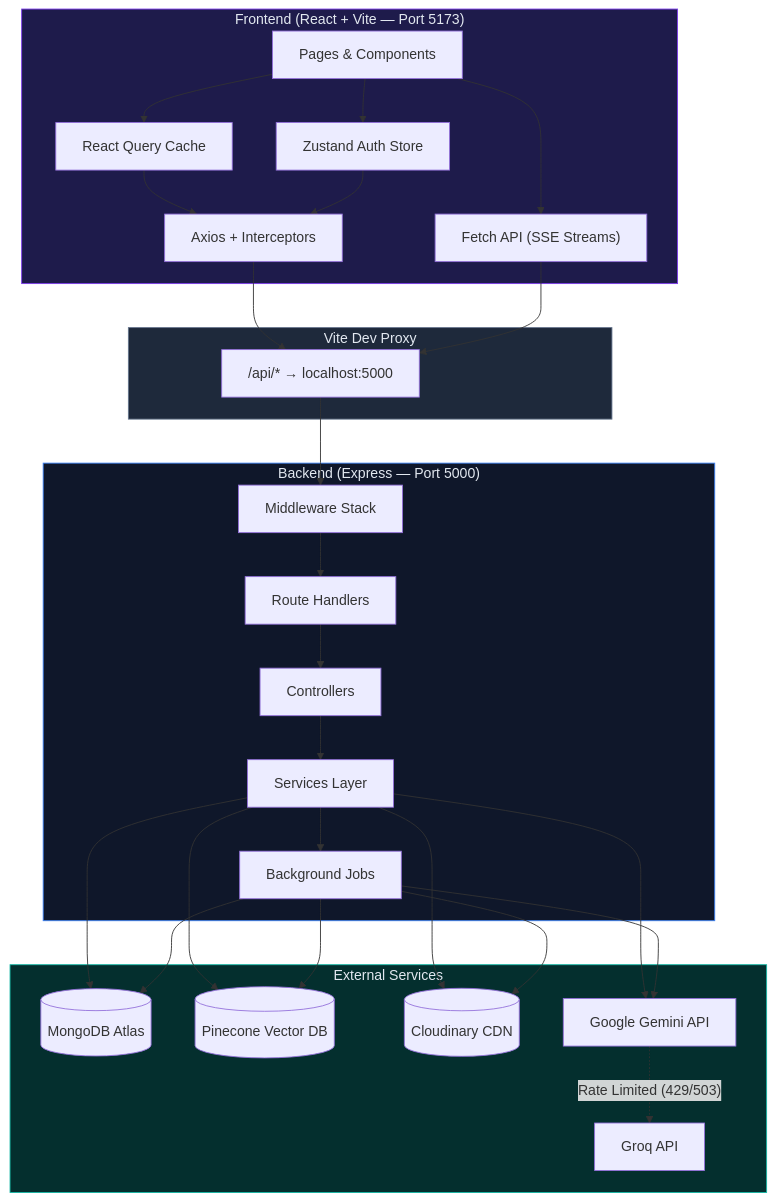
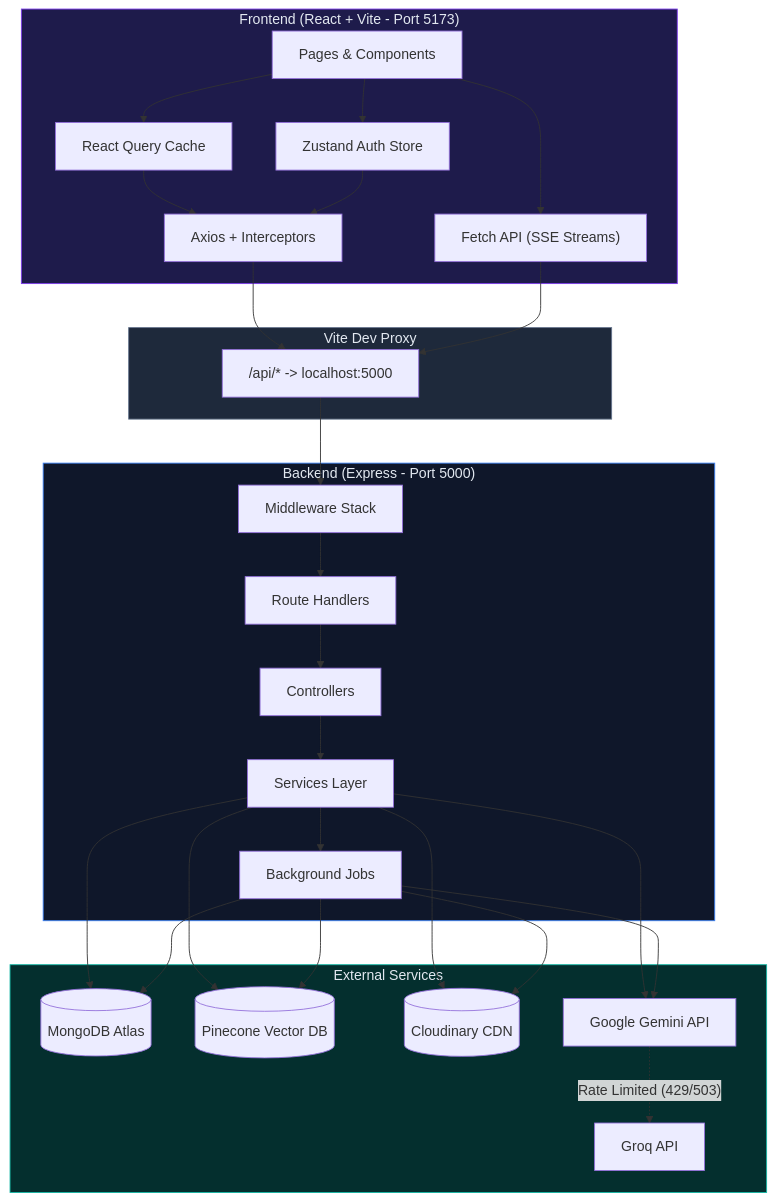
Before and after one commit to AniketB26/What-I-Signed: the first of 9 diagrams in README.md, drawn with Mermaid. The commit also changed other lines of this file, not shown here.

Commit message:
docs: fix all mermaid diagram rendering issues

````diff
--- a/README.md
+++ b/README.md
@@ -95,57 +95,57 @@
 ```mermaid
 graph TB
-    subgraph Client["Frontend (React + Vite — Port 5173)"]
+    subgraph Client["Frontend (React + Vite - Port 5173)"]
         UI["Pages & Components"]
         RQ["React Query Cache"]
         ZS["Zustand Auth Store"]
         AX["Axios + Interceptors"]
         FE["Fetch API (SSE Streams)"]
     end
 
     subgraph Proxy["Vite Dev Proxy"]
-        VP["/api/* → localhost:5000"]
+        VP["/api/* -> localhost:5000"]
     end
 
-    subgraph Server["Backend (Express — Port 5000)"]
+    subgraph Server["Backend (Express - Port 5000)"]
         MW["Middleware Stack"]
         RT["Route Handlers"]
         CT["Controllers"]
         SV["Services Layer"]
         JB["Background Jobs"]
     end
 
     subgraph External["External Services"]
-        MDB[("MongoDB Atlas")]
-        PC[("Pinecone Vector DB")]
-        CLD[("Cloudinary CDN")]
+        MDB[(MongoDB Atlas)]
+        PC[(Pinecone Vector DB)]
+        CLD[(Cloudinary CDN)]
         GMN["Google Gemini API"]
         GRQ["Groq API"]
     end
 
     UI --> RQ
     UI --> ZS
     RQ --> AX
     ZS --> AX
     UI --> FE
     AX --> VP
     FE --> VP
     VP --> MW
     MW --> RT
     RT --> CT
     CT --> SV
     SV --> JB
     SV --> MDB
     SV --> PC
     SV --> CLD
     SV --> GMN
     GMN -.->|"Rate Limited (429/503)"| GRQ
     JB --> MDB
     JB --> PC
     JB --> CLD
     JB --> GMN
 
     style Client fill:#1e1b4b,stroke:#7c3aed,color:#e2e8f0
     style Server fill:#0f172a,stroke:#3b82f6,color:#e2e8f0
     style External fill:#042f2e,stroke:#14b8a6,color:#e2e8f0
     style Proxy fill:#1e293b,stroke:#64748b,color:#e2e8f0
 ```
````
